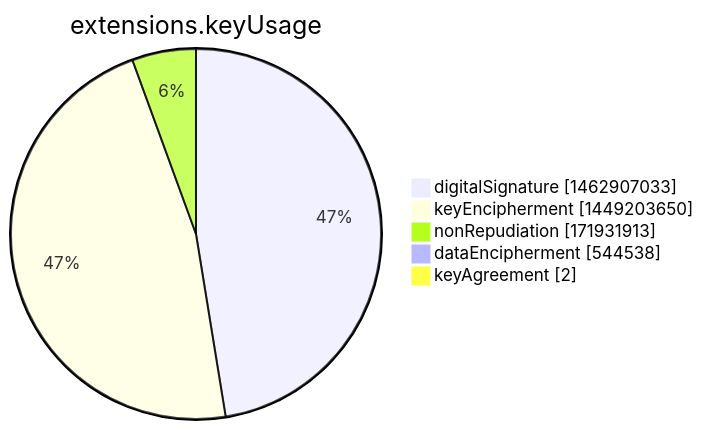
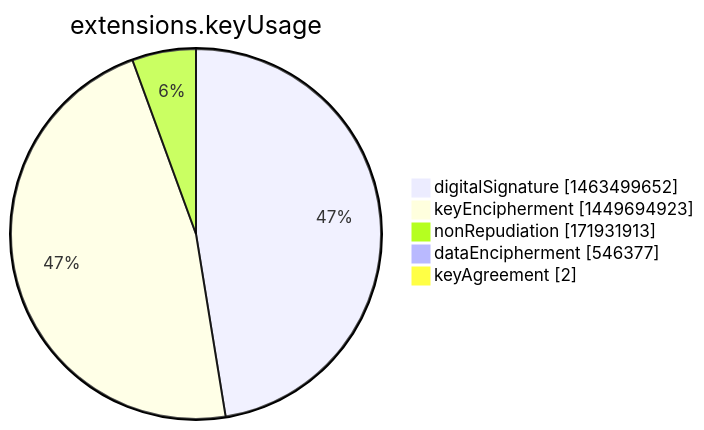
One commit to christiankrug/ctmonitor_visualization changed the seventh of 15 diagrams in argon2022/README.md. Above: the diagram before and after it, drawn with Mermaid. The commit also changed other lines of this file, not shown here.

````diff
--- a/argon2022/README.md
+++ b/argon2022/README.md
@@ -2751,9 +2751,9 @@
 ```mermaid
 pie showData
 title extensions.keyUsage
-"digitalSignature" :1462907033
-"keyEncipherment" :1449203650
+"digitalSignature" :1463499652
+"keyEncipherment" :1449694923
 "nonRepudiation" :171931913
-"dataEncipherment" :544538
+"dataEncipherment" :546377
 "keyAgreement" :2
 ```
````
